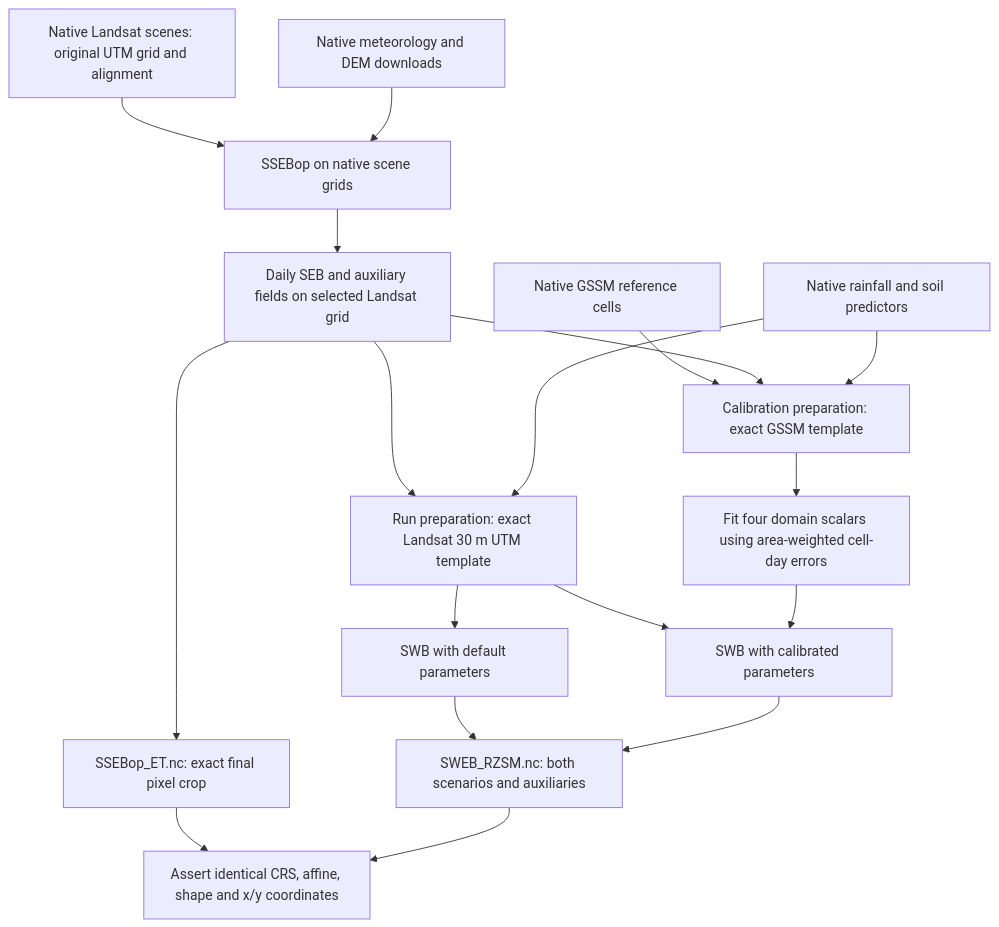
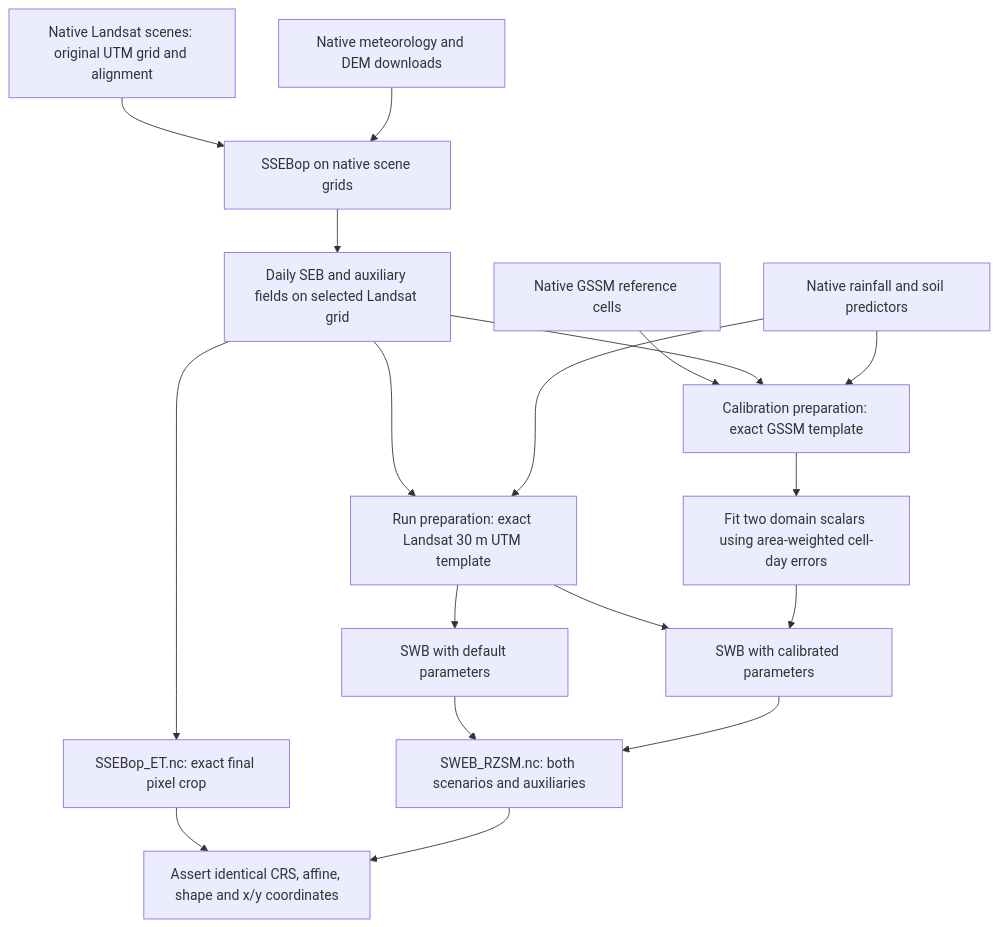
Before and after one commit to yuyi13/PySWEB: the diagram in docs/native-grids.md, drawn with Mermaid. The commit also changed other lines of this file and 34 other files, not shown here.

````diff
--- a/docs/native-grids.md
+++ b/docs/native-grids.md
@@ -5,20 +7,20 @@
 ```mermaid
 flowchart TD
   L[Native Landsat scenes: original UTM grid and alignment] --> S[SSEBop on native scene grids]
   M[Native meteorology and DEM downloads] --> S
   S --> E[Daily SEB and auxiliary fields on selected Landsat grid]
   G[Native GSSM reference cells] --> C[Calibration preparation: exact GSSM template]
   E --> C
   R[Native rainfall and soil predictors] --> C
-  C --> P[Fit four domain scalars using area-weighted cell-day errors]
+  C --> P[Fit two domain scalars using area-weighted cell-day errors]
   E --> F[Run preparation: exact Landsat 30 m UTM template]
   R --> F
   F --> D[SWB with default parameters]
   F --> K[SWB with calibrated parameters]
   P --> K
   E --> O1[SSEBop_ET.nc: exact final pixel crop]
   D --> O2[SWEB_RZSM.nc: both scenarios and auxiliaries]
   K --> O2
   O1 --> V[Assert identical CRS, affine, shape and x/y coordinates]
   O2 --> V
 ```
````
